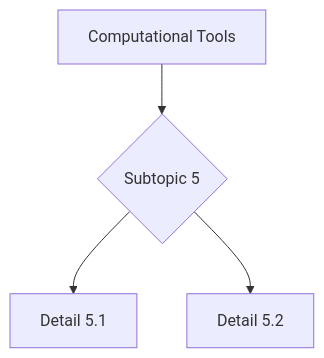
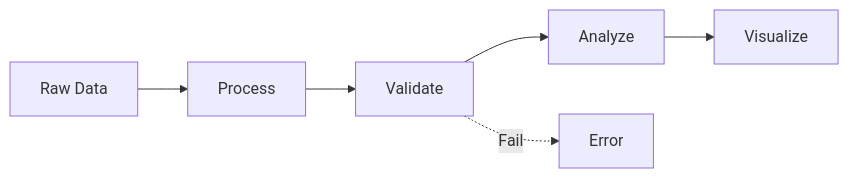
One commit to yip-lgtm/PhysicsSelfStudy changed the fifth of 5 diagrams in 02_MSc_DataDriven_Modeling/core_courses/MSDM_5001/README.md. Above: the diagram before and after it, drawn with Mermaid. The commit also changed other lines of this file and 21 other files, not shown here.

Commit message:
PhysicsSelfStudy: MSc QFT/String/AdS-CFT/Cosmology/Particle/Neutrino/QI/TQC + MSDM computational tools (batch v2 completed)

````diff
--- a/02_MSc_DataDriven_Modeling/core_courses/MSDM_5001/README.md
+++ b/02_MSc_DataDriven_Modeling/core_courses/MSDM_5001/README.md
@@ -291,6 +341,8 @@
 ```mermaid
-graph TD
-    A[Computational Tools] --> B{Subtopic 5}
-    B --> C[Detail 5.1]
-    B --> D[Detail 5.2]
+graph LR
+    A[Raw Data] --> B[Process]
+    B --> C[Validate]
+    C --> D[Analyze]
+    D --> E[Visualize]
+    C -.->|Fail| F[Error]
 ```
````
